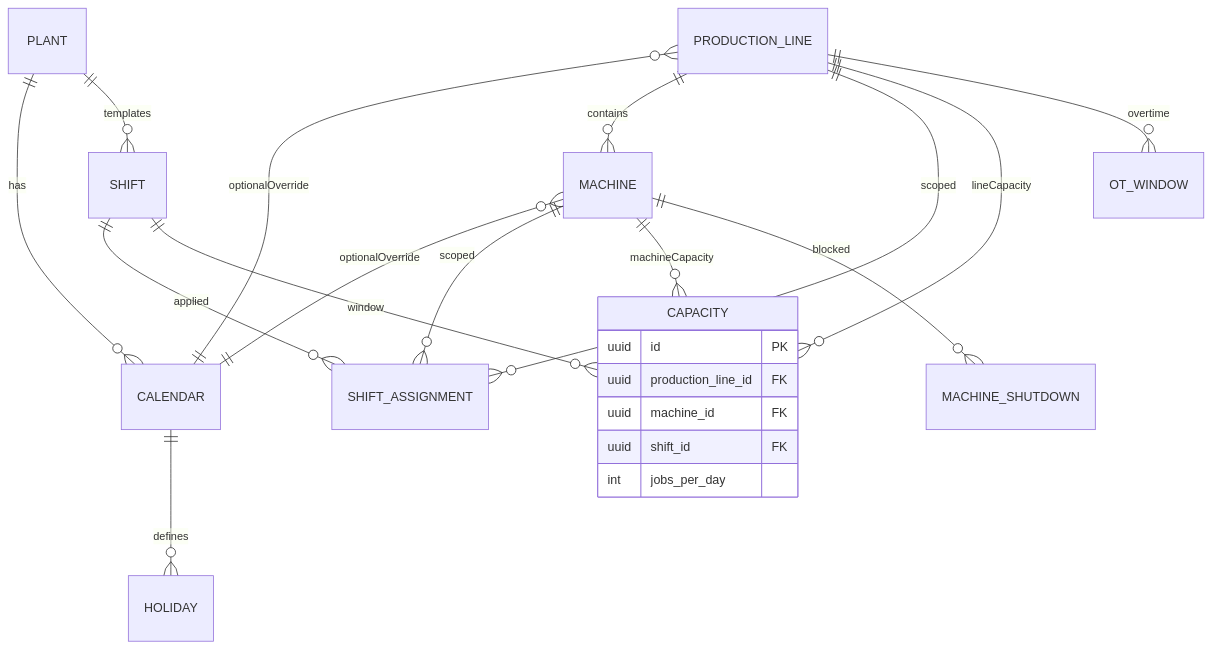
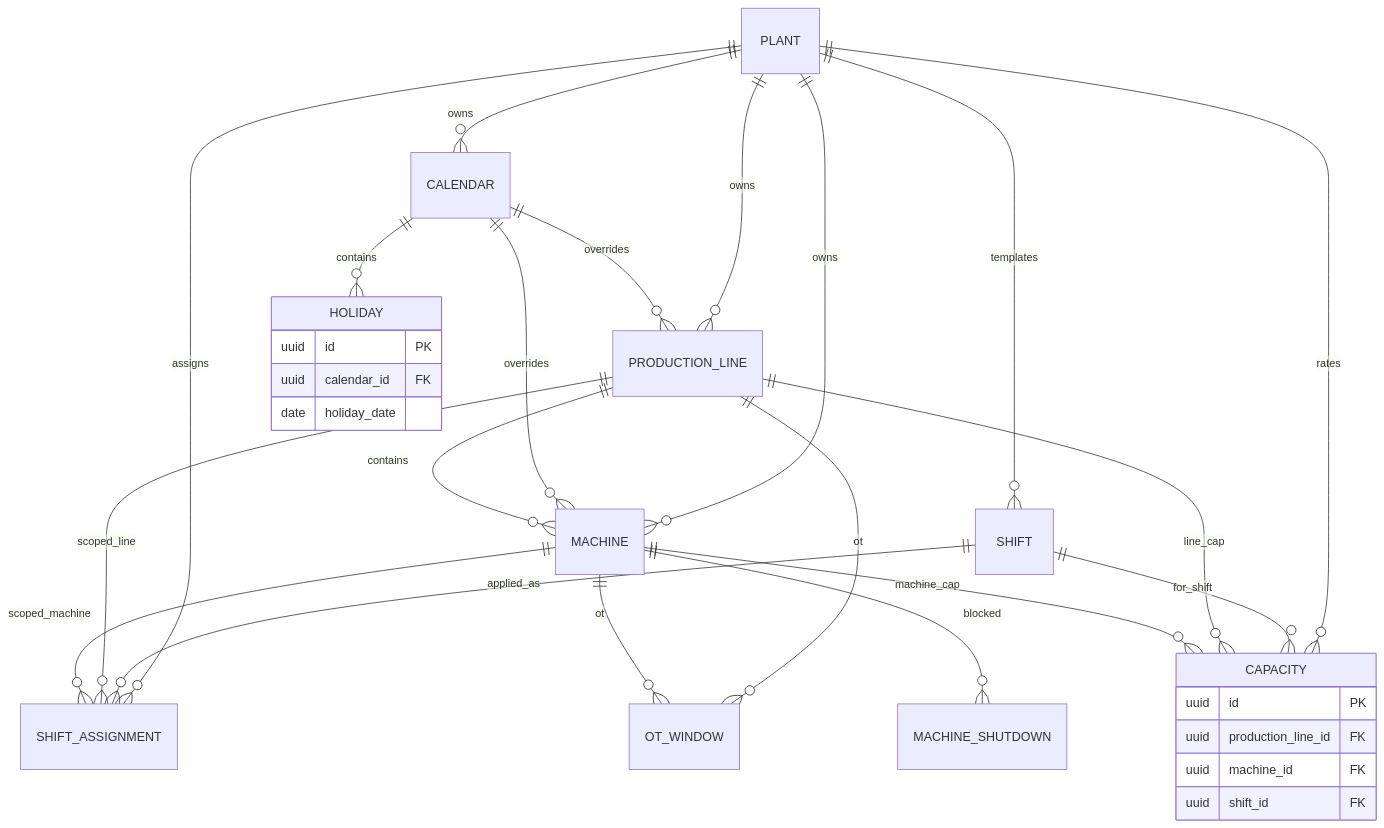
Before and after one commit to surasanetho-cmd/Factory-Operations: the fourth of 6 diagrams in docs/06_ER_DIAGRAM.md, drawn with Mermaid. The commit also changed other lines of this file and 5 other files, not shown here.

````diff
--- a/docs/06_ER_DIAGRAM.md
+++ b/docs/06_ER_DIAGRAM.md
@@ -54,28 +116,38 @@
 ```mermaid
 erDiagram
-  PLANT ||--o{ CALENDAR : has
+  PLANT ||--o{ CALENDAR : owns
+  PLANT ||--o{ PRODUCTION_LINE : owns
+  PLANT ||--o{ MACHINE : owns
   PLANT ||--o{ SHIFT : templates
-  CALENDAR ||--o{ HOLIDAY : defines
-  PRODUCTION_LINE }o--|| CALENDAR : optionalOverride
-  MACHINE }o--|| CALENDAR : optionalOverride
+  PLANT ||--o{ CAPACITY : rates
+  PLANT ||--o{ SHIFT_ASSIGNMENT : assigns
+
+  CALENDAR ||--o{ HOLIDAY : contains
+  CALENDAR ||--o{ PRODUCTION_LINE : overrides
+  CALENDAR ||--o{ MACHINE : overrides
   PRODUCTION_LINE ||--o{ MACHINE : contains
 
-  SHIFT ||--o{ SHIFT_ASSIGNMENT : applied
-  PRODUCTION_LINE ||--o{ SHIFT_ASSIGNMENT : scoped
-  MACHINE ||--o{ SHIFT_ASSIGNMENT : scoped
+  SHIFT ||--o{ SHIFT_ASSIGNMENT : applied_as
+  PRODUCTION_LINE ||--o{ SHIFT_ASSIGNMENT : scoped_line
+  MACHINE ||--o{ SHIFT_ASSIGNMENT : scoped_machine
 
-  PRODUCTION_LINE ||--o{ CAPACITY : lineCapacity
-  MACHINE ||--o{ CAPACITY : machineCapacity
-  SHIFT ||--o{ CAPACITY : window
+  SHIFT ||--o{ CAPACITY : for_shift
+  PRODUCTION_LINE ||--o{ CAPACITY : line_cap
+  MACHINE ||--o{ CAPACITY : machine_cap
 
-  PRODUCTION_LINE ||--o{ OT_WINDOW : overtime
+  PRODUCTION_LINE ||--o{ OT_WINDOW : ot
+  MACHINE ||--o{ OT_WINDOW : ot
   MACHINE ||--o{ MACHINE_SHUTDOWN : blocked
 
   CAPACITY {
     uuid id PK
     uuid production_line_id FK
     uuid machine_id FK
     uuid shift_id FK
-    int jobs_per_day
+  }
+  HOLIDAY {
+    uuid id PK
+    uuid calendar_id FK
+    date holiday_date
   }
 ```
````
